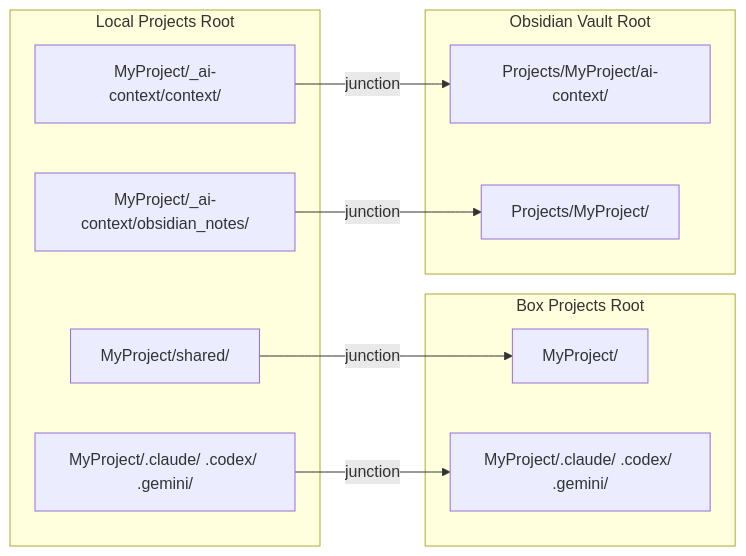
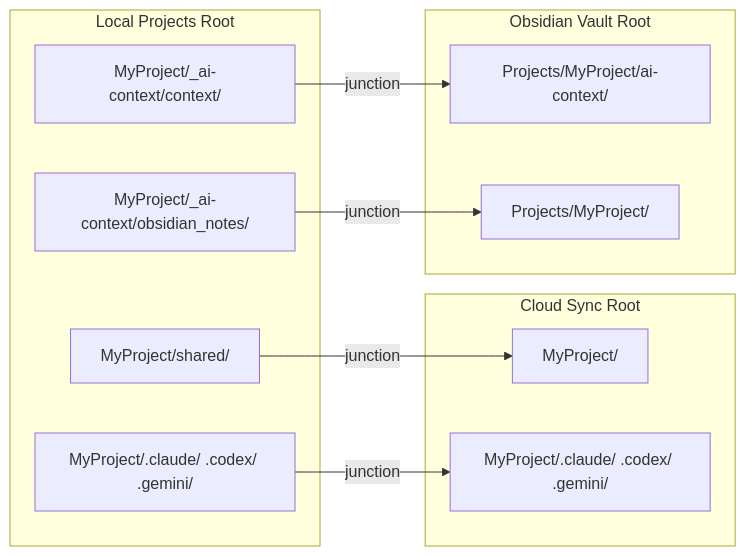
One commit to yt3trees/ProjectCurator changed the third of 5 diagrams in README-ja.md. Above: the diagram before and after it, drawn with Mermaid. The commit also changed other lines of this file and 15 other files, not shown here.

Commit message:
refactor: rename Box roots to cloud sync roots

````diff
--- a/README-ja.md
+++ b/README-ja.md
@@ -267,24 +267,24 @@
 ```mermaid
 flowchart LR
     subgraph Local["Local Projects Root"]
         LC["MyProject/_ai-context/context/"]
         LO["MyProject/_ai-context/obsidian_notes/"]
         LS["MyProject/shared/"]
         LCLI["MyProject/.claude/ .codex/ .gemini/"]
     end
 
-    subgraph Box["Box Projects Root"]
+    subgraph Box["Cloud Sync Root"]
         BS["MyProject/"]
         BCLI["MyProject/.claude/ .codex/ .gemini/"]
     end
 
     subgraph Obsidian["Obsidian Vault Root"]
         OA["Projects/MyProject/ai-context/"]
         OP["Projects/MyProject/"]
     end
 
     LC -->|junction| OA
     LO -->|junction| OP
     LS -->|junction| BS
     LCLI -->|junction| BCLI
 ```
````
